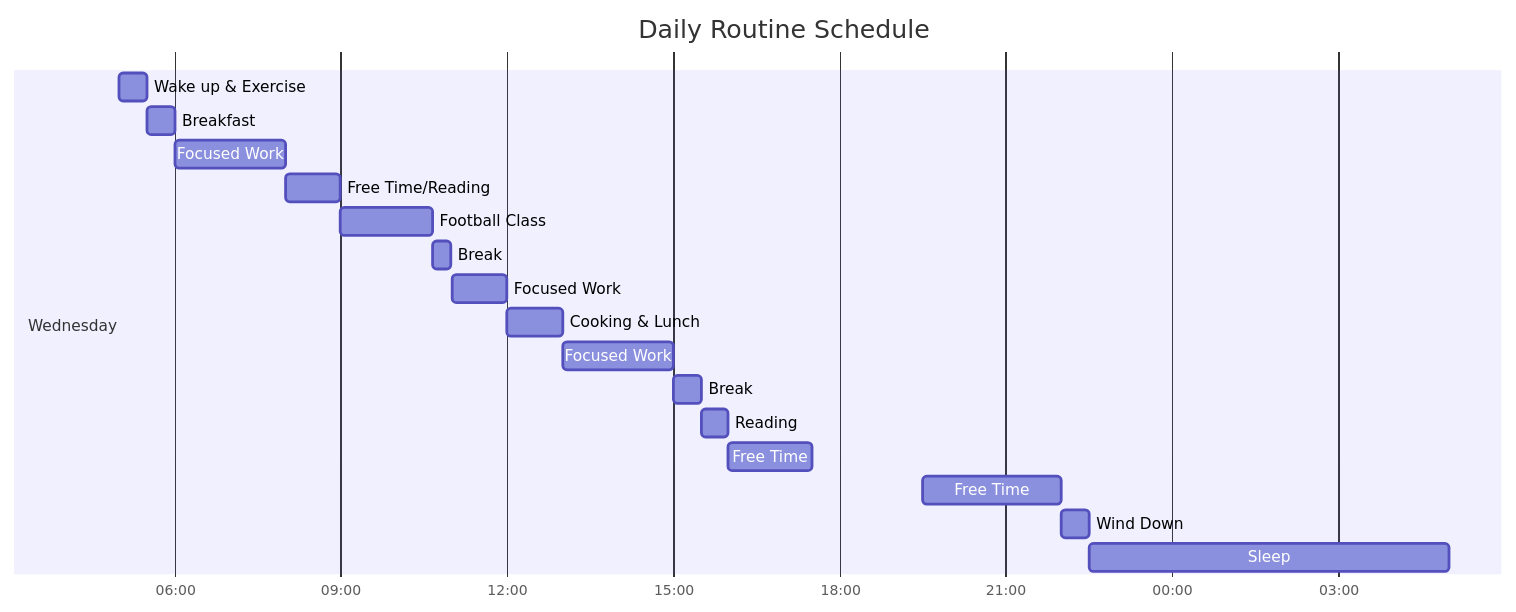
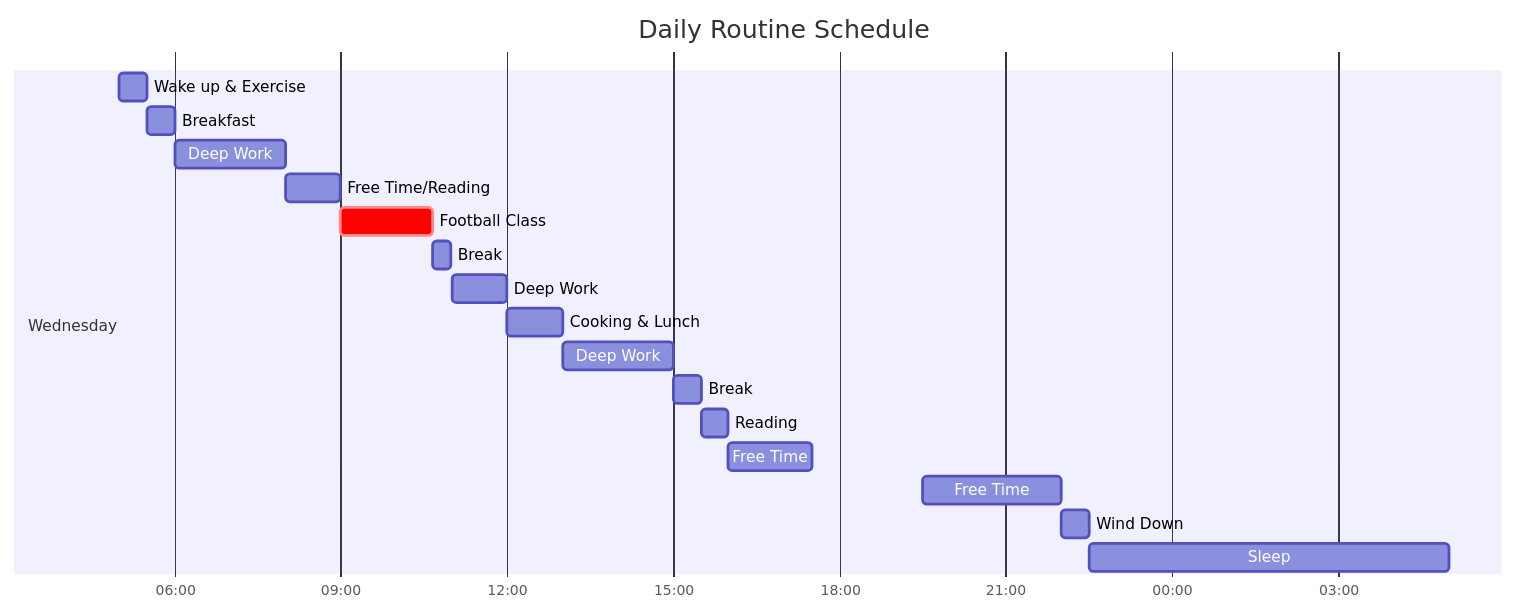
The third of 7 diagrams in balance/README.md (S-ROLL/notebook.maths), drawn with Mermaid before and after one commit. The commit also changed other lines of this file, not shown here.

````diff
--- a/balance/README.md
+++ b/balance/README.md
@@ -51,23 +51,23 @@
 ```mermaid
 gantt
     title Daily Routine Schedule
     dateFormat  HH:mm
     axisFormat  %H:%M
     
     section Wednesday
     Wake up & Exercise       :05:00, 0.5h
     Breakfast                :05:30, 0.5h
-    Focused Work             :06:00, 2h
+    Deep Work             :06:00, 2h
     Free Time/Reading        :08:00, 1h
-    Football Class           :09:00, 1.67h
+    Football Class           : crit, 09:00, 1.67h
     Break                    :10:40, 0.33h
-    Focused Work             :11:00, 1h
+    Deep Work             :11:00, 1h
     Cooking & Lunch          :12:00, 1h
-    Focused Work             :13:00, 2h
+    Deep Work             :13:00, 2h
     Break                    :15:00, 0.5h
     Reading                  :15:30, 0.5h
     Free Time                :16:00, 1.5h
     Free Time                :19:30, 2.5h
     Wind Down                :22:00, 0.5h
     Sleep                    :22:30, 6.5h
 ```
````
